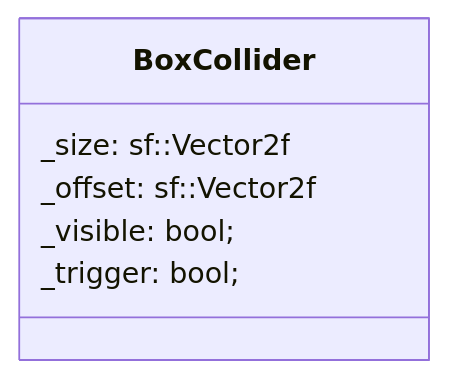
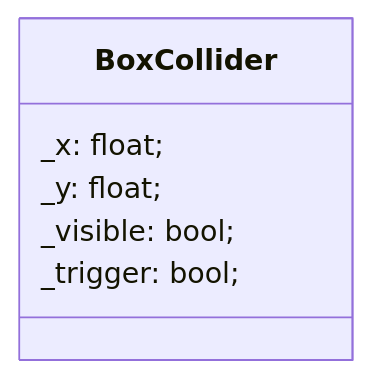
One commit to MYAMBO/R-Type changed the diagram in docs/ECS/component/BoxCollider.md. Above: the diagram before and after it, drawn with Mermaid. The commit also changed other lines of this file and 1 other file, not shown here.

Commit message:
docs (Collision): add the whole documentation for the Collsion system

````diff
--- a/docs/ECS/component/BoxCollider.md
+++ b/docs/ECS/component/BoxCollider.md
@@ -17,9 +16,9 @@
 ```mermaid
 classDiagram
   class BoxCollider {
-    _size: sf::Vector2f
-    _offset: sf::Vector2f
+    _x: float;
+    _y: float;
     _visible: bool;
     _trigger: bool;
   }
 ```
````
